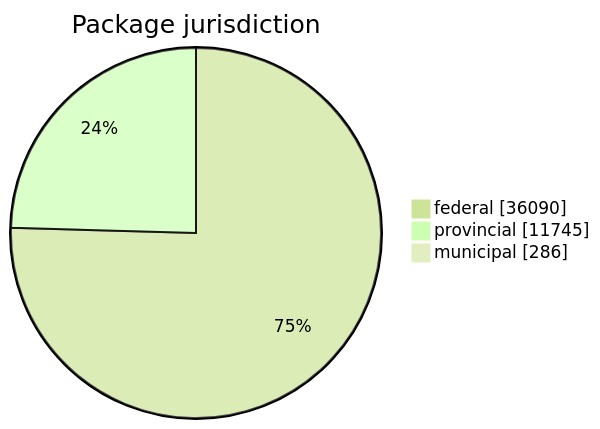
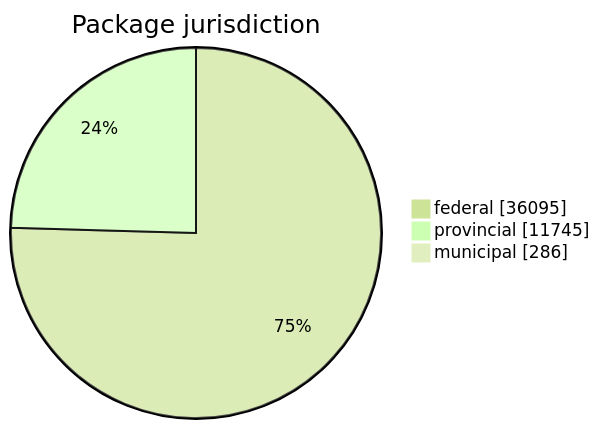
Before and after one commit to open-data/analytics-corporate-reporting: the first of 5 diagrams in FreshCheck/README.md, drawn with Mermaid (forest theme). The commit also changed other lines of this file and 3 other files, not shown here.

````diff
--- a/FreshCheck/README.md
+++ b/FreshCheck/README.md
@@ -60,6 +60,6 @@
 ```mermaid
 pie showData title Package jurisdiction
-    "federal": 36090
+    "federal": 36095
     "provincial": 11745
     "municipal": 286
 ```
````
